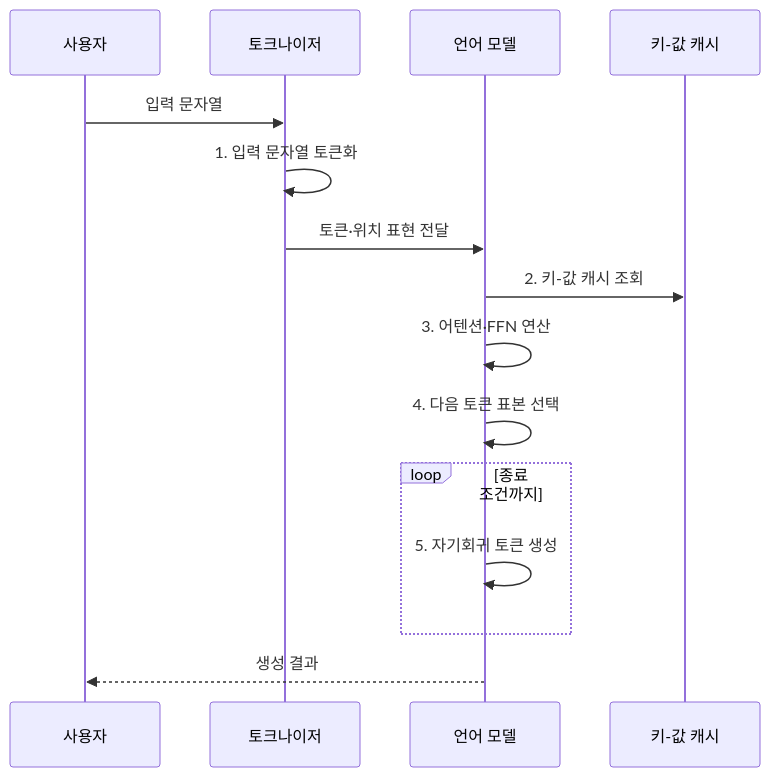
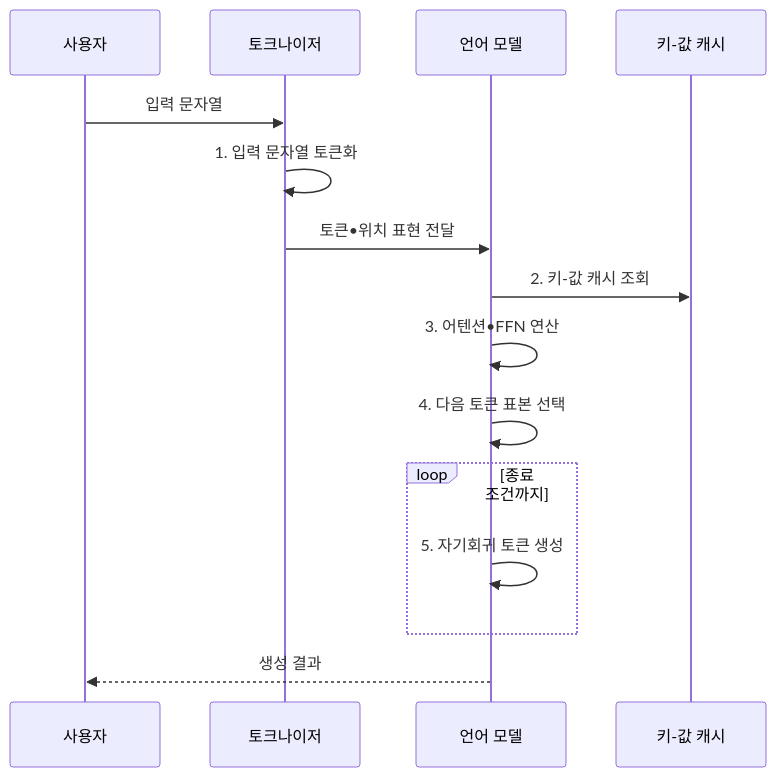
One commit to agnusdei1207/knowledge-base changed the second of 2 diagrams in src/content/docs/notes/08-latest-tech/024_large_language_model.md. Above: the diagram before and after it, drawn with Mermaid. The commit also changed other lines of this file and 953 other files, not shown here.

````diff
--- a/src/content/docs/notes/08-latest-tech/024_large_language_model.md
+++ b/src/content/docs/notes/08-latest-tech/024_large_language_model.md
@@ -101,17 +101,17 @@
 ```mermaid
 sequenceDiagram
     participant U as 사용자
     participant T as 토크나이저
     participant M as 언어 모델
     participant K as 키-값 캐시
     U->>T: 입력 문자열
     T->>T: 1. 입력 문자열 토큰화
-    T->>M: 토큰·위치 표현 전달
+    T->>M: 토큰•위치 표현 전달
     M->>K: 2. 키-값 캐시 조회
-    M->>M: 3. 어텐션·FFN 연산
+    M->>M: 3. 어텐션•FFN 연산
     M->>M: 4. 다음 토큰 표본 선택
     loop 종료 조건까지
         M->>M: 5. 자기회귀 토큰 생성
     end
     M-->>U: 생성 결과
 ```
````
